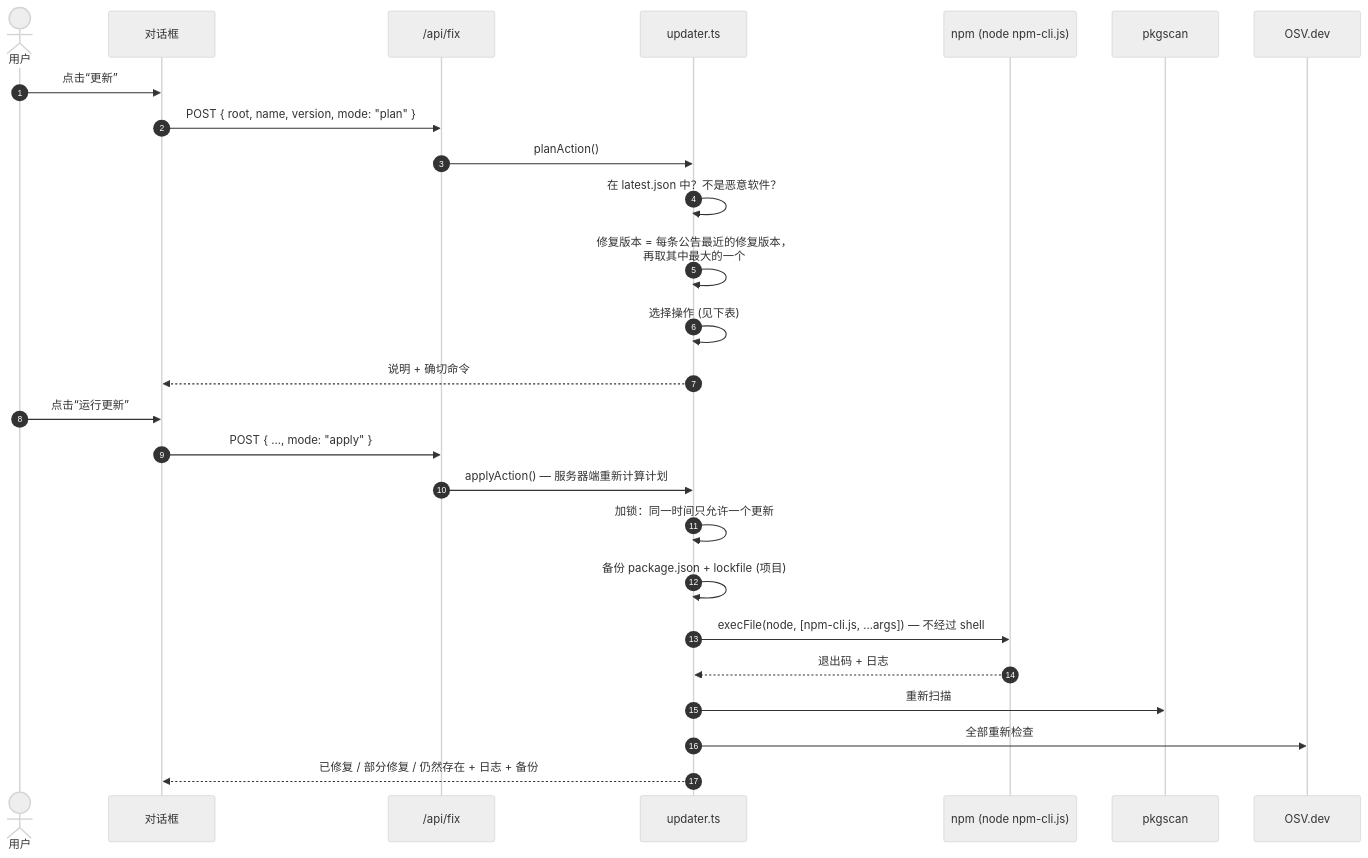
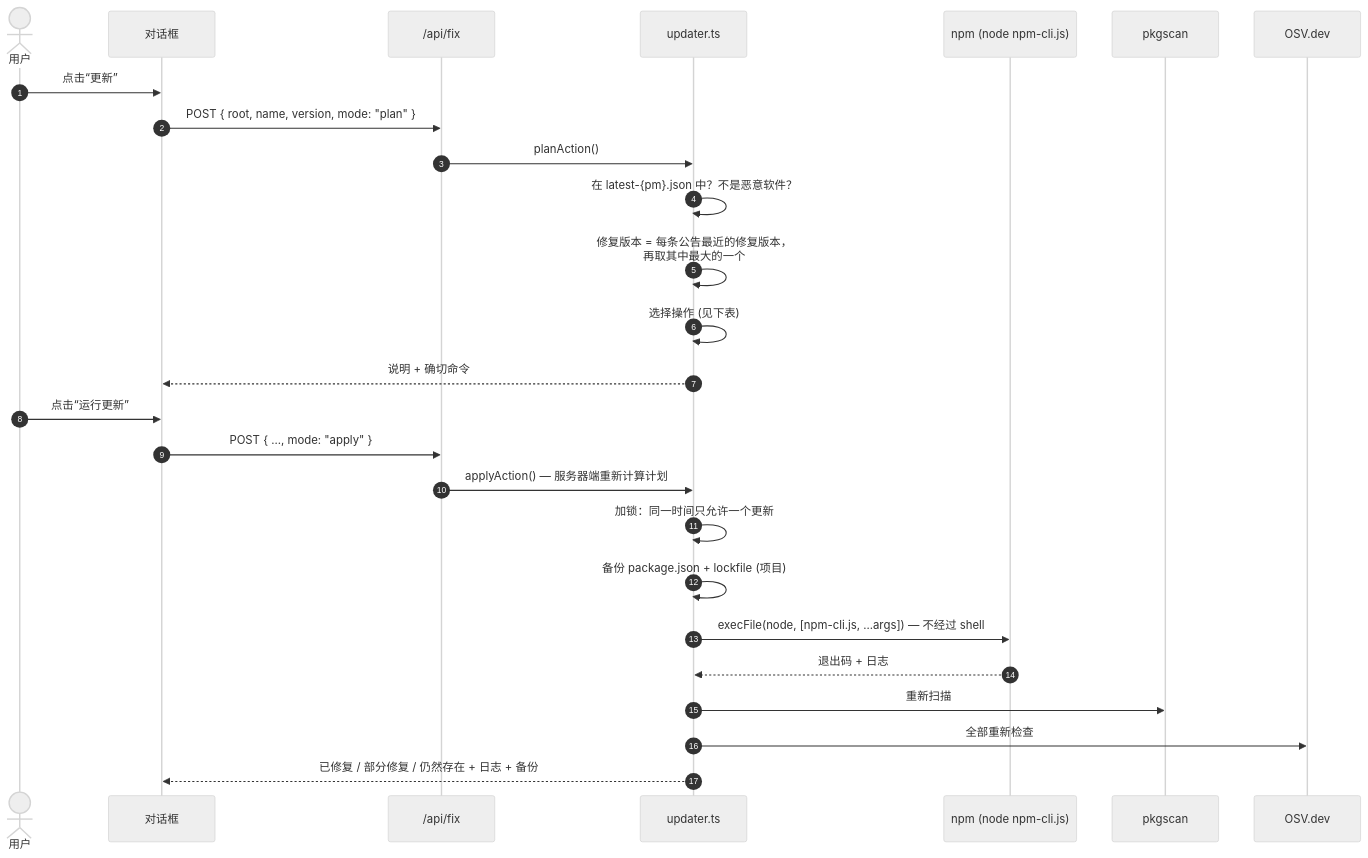
The eighth of 12 diagrams in docs/zh-CN/workflows.md (phanhuyyy/libpack-guard), drawn with Mermaid (neutral theme) before and after one commit. The commit also changed other lines of this file and 50 other files, not shown here.

````diff
--- a/docs/zh-CN/workflows.md
+++ b/docs/zh-CN/workflows.md
@@ -215,29 +215,29 @@
 ```mermaid
 sequenceDiagram
     autonumber
     actor U as 用户
     participant B as 对话框
     participant F as /api/fix
     participant P as updater.ts
     participant N as npm (node npm-cli.js)
     participant A as pkgscan
     participant O as OSV.dev
 
     U->>B: 点击“更新”
     B->>F: POST { root, name, version, mode: "plan" }
     F->>P: planAction()
-    P->>P: 在 latest.json 中？不是恶意软件？
+    P->>P: 在 latest-{pm}.json 中？不是恶意软件？
     P->>P: 修复版本 = 每条公告最近的修复版本，<br/>再取其中最大的一个
     P->>P: 选择操作 (见下表)
     P-->>B: 说明 + 确切命令
     U->>B: 点击“运行更新”
     B->>F: POST { ..., mode: "apply" }
     F->>P: applyAction() — 服务器端重新计算计划
     P->>P: 加锁：同一时间只允许一个更新
     P->>P: 备份 package.json + lockfile (项目)
     P->>N: execFile(node, [npm-cli.js, ...args]) — 不经过 shell
     N-->>P: 退出码 + 日志
     P->>A: 重新扫描
     P->>O: 全部重新检查
     P-->>B: 已修复 / 部分修复 / 仍然存在 + 日志 + 备份
 ```
````
